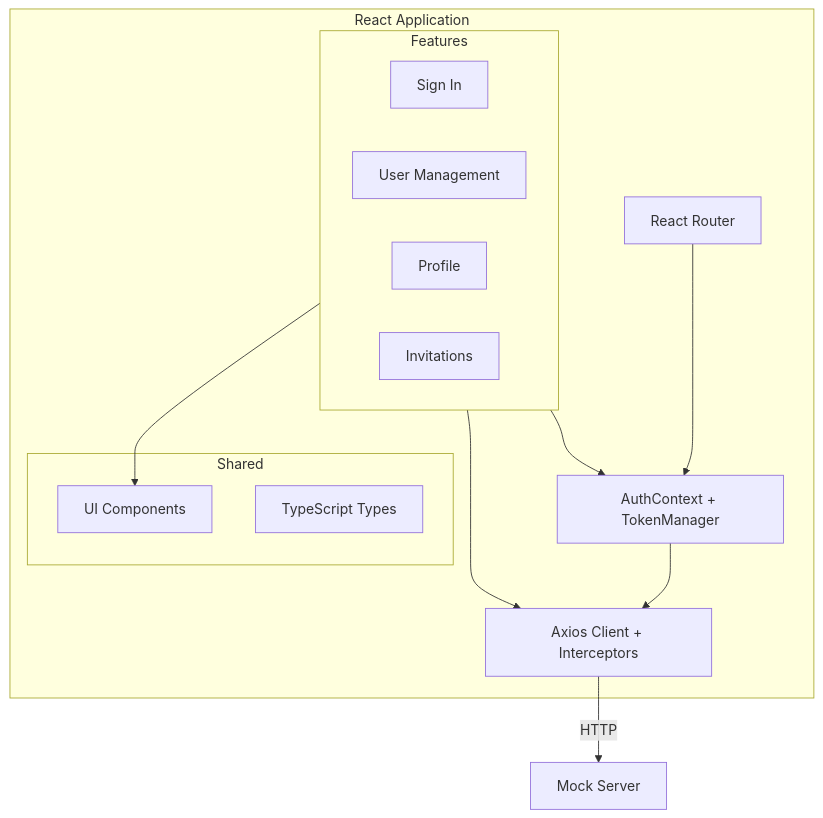
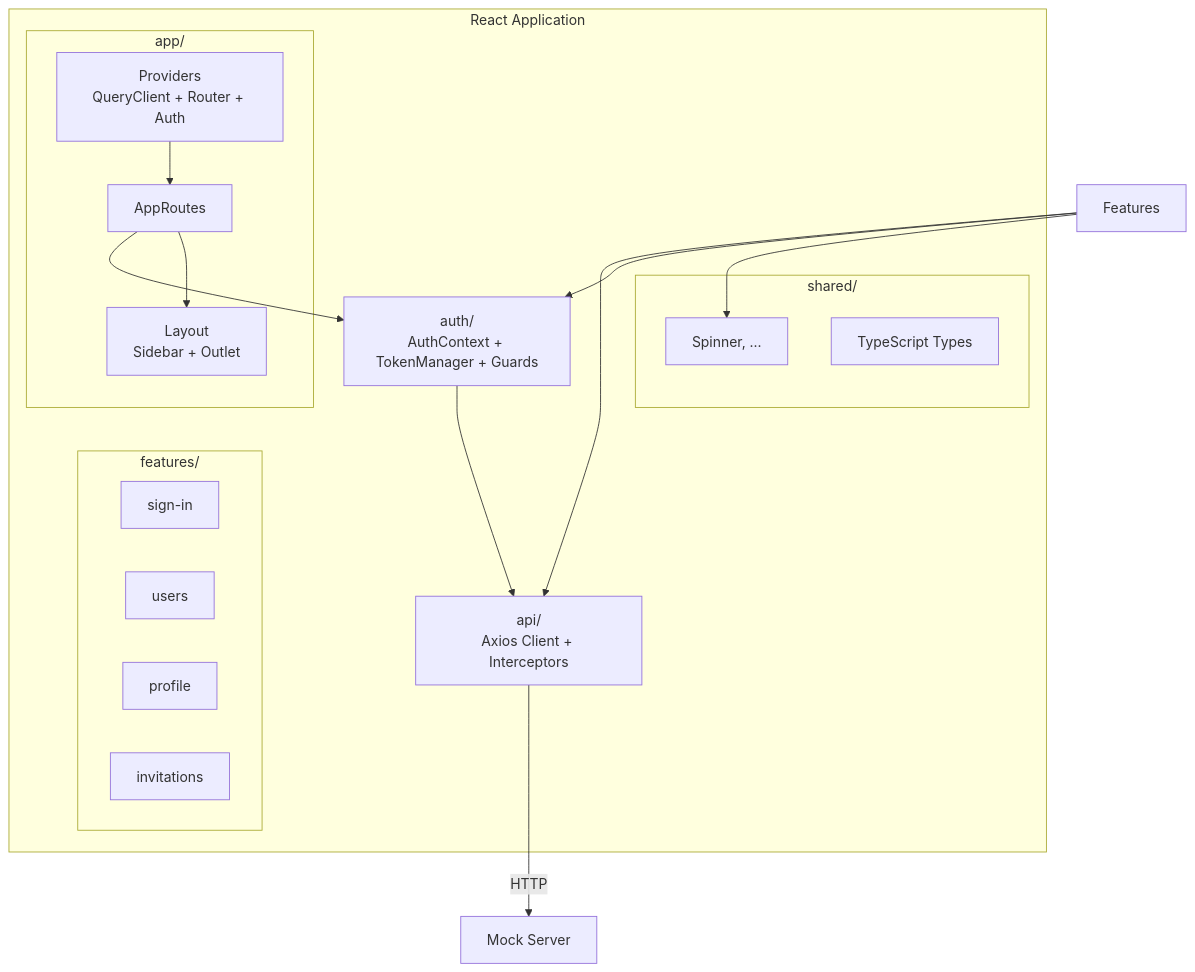
One commit to shreyas52145/nfolks-admin-user-management changed the second of 3 diagrams in docs/architecture.md. Above: the diagram before and after it, drawn with Mermaid. The commit also changed 5 other files, not shown here.

````diff
--- a/docs/architecture.md
+++ b/docs/architecture.md
@@ -42,27 +42,34 @@
 ```mermaid
 graph TD
     subgraph "React Application"
-        Router[React Router]
-        Auth[AuthContext + TokenManager]
-        API[Axios Client + Interceptors]
-        
-        subgraph Features
-            SignIn[Sign In]
-            Users[User Management]
-            Profile[Profile]
-            Invitations[Invitations]
+        subgraph "app/"
+            Providers[Providers<br/>QueryClient + Router + Auth]
+            Routes[AppRoutes]
+            Layout[Layout<br/>Sidebar + Outlet]
         end
         
-        subgraph Shared
-            Components[UI Components]
+        Auth[auth/<br/>AuthContext + TokenManager + Guards]
+        API[api/<br/>Axios Client + Interceptors]
+        
+        subgraph "features/"
+            SignIn[sign-in]
+            Users[users]
+            Profile[profile]
+            Invitations[invitations]
+        end
+        
+        subgraph "shared/"
+            Components[Spinner, ...]
             Types[TypeScript Types]
         end
     end
 
-    Router --> Auth
+    Providers --> Routes
+    Routes --> Auth
+    Routes --> Layout
     Auth --> API
     Features --> API
     Features --> Auth
     Features --> Components
     API -->|HTTP| MockServer[Mock Server]
 ```
````
